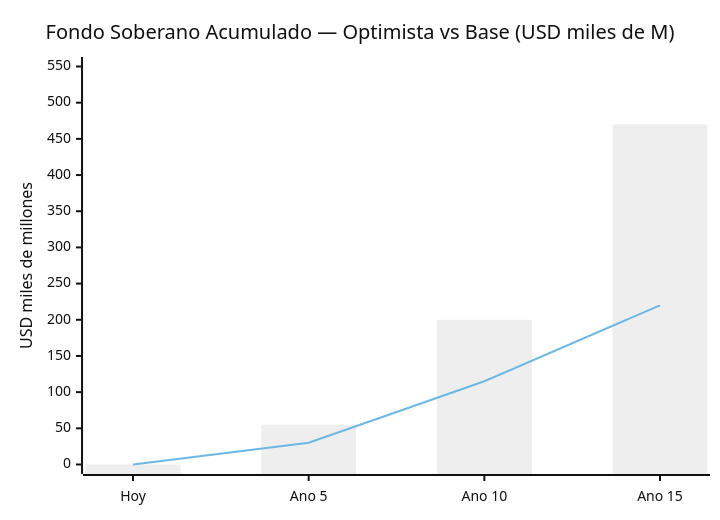
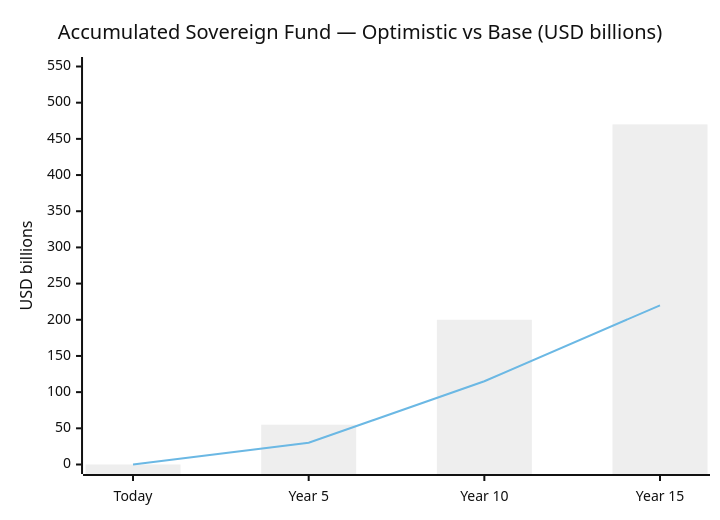
Before and after one commit to Venezuela-S-A/venezuela-sa: the fourth of 10 diagrams in i18n/en/docusaurus-plugin-content-docs/current/07-ejecucion/el-sueno.md, drawn with Mermaid (neutral theme). The commit also changed other lines of this file and 127 other files, not shown here.

````diff
--- a/i18n/en/docusaurus-plugin-content-docs/current/07-ejecucion/el-sueno.md
+++ b/i18n/en/docusaurus-plugin-content-docs/current/07-ejecucion/el-sueno.md
@@ -303,8 +303,8 @@
 ```mermaid
 xychart-beta
-    title "Fondo Soberano Acumulado — Optimista vs Base (USD miles de M)"
-    x-axis ["Hoy", "Ano 5", "Ano 10", "Ano 15"]
-    y-axis "USD miles de millones" 0 --> 550
+    title "Accumulated Sovereign Fund — Optimistic vs Base (USD billions)"
+    x-axis ["Today", "Year 5", "Year 10", "Year 15"]
+    y-axis "USD billions" 0 --> 550
     bar [0, 55, 200, 470]
     line [0, 30, 115, 220]
 ```
````
